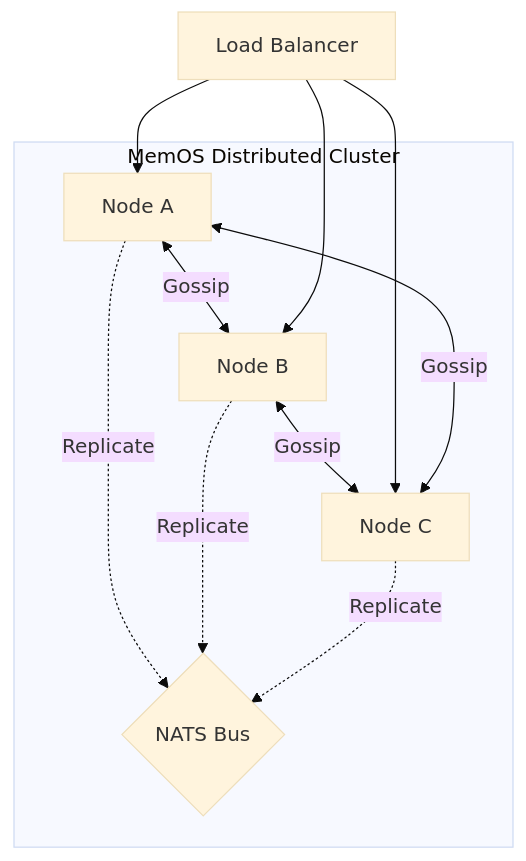
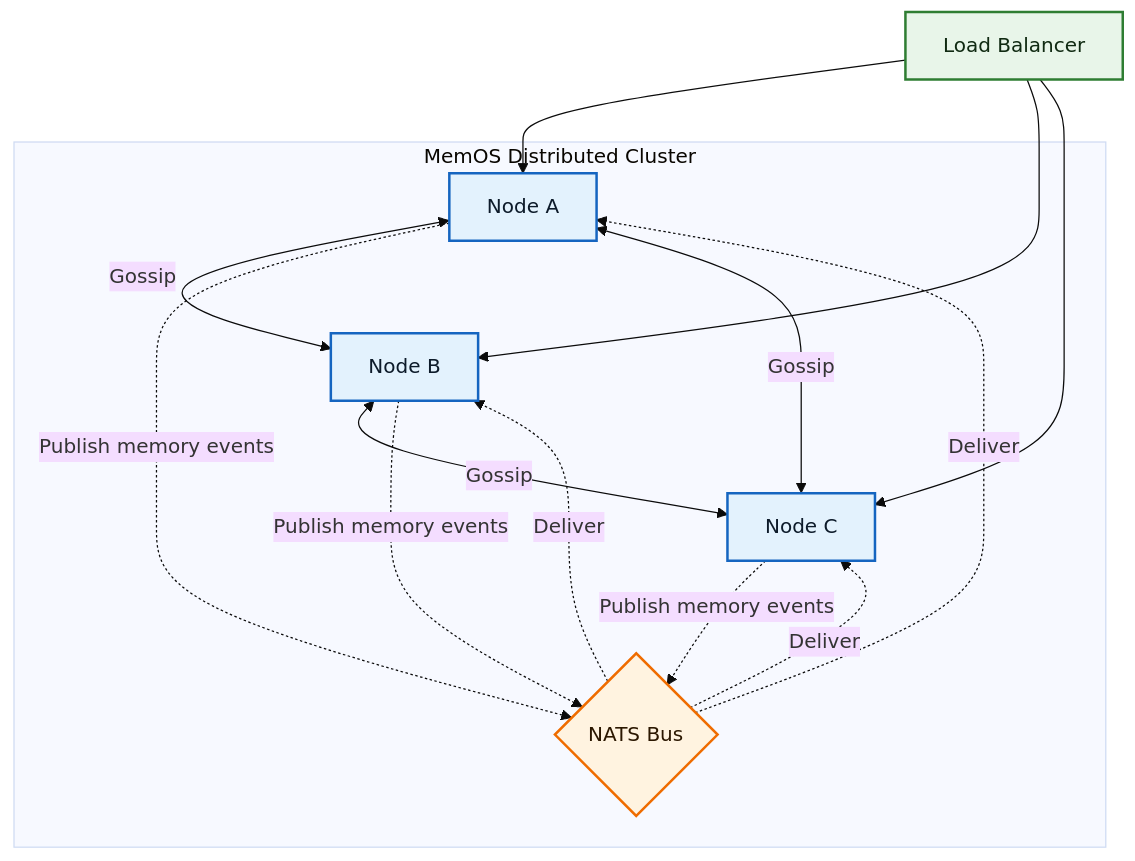
One commit to Mohi1038/distributed-memOS changed the fifth of 12 diagrams in README.md. Above: the diagram before and after it, drawn with Mermaid (base theme). The commit also changed other lines of this file, not shown here.

Commit message:
Rewrite README for adaptive memory positioning

````diff
--- a/README.md
+++ b/README.md
@@ -61,16 +311,23 @@
 ```mermaid
 graph TD
+    classDef node fill:#e3f2fd,stroke:#1565c0,stroke-width:2px,color:#0d1b2a;
+    classDef bus fill:#fff3e0,stroke:#ef6c00,stroke-width:2px,color:#2b1700;
+    classDef client fill:#e8f5e9,stroke:#2e7d32,stroke-width:2px,color:#102a12;
+
     subgraph Cluster [MemOS Distributed Cluster]
-        NodeA[Node A] <--> |Gossip| NodeB[Node B]
-        NodeB <--> |Gossip| NodeC[Node C]
+        NodeA[Node A]:::node <--> |Gossip| NodeB[Node B]:::node
+        NodeB <--> |Gossip| NodeC[Node C]:::node
         NodeC <--> |Gossip| NodeA
-        
-        NodeA -.-> |Replicate| NATS{NATS Bus}
-        NodeB -.-> |Replicate| NATS
-        NodeC -.-> |Replicate| NATS
+
+        NodeA -.-> |Publish memory events| NATS{NATS Bus}:::bus
+        NodeB -.-> |Publish memory events| NATS
+        NodeC -.-> |Publish memory events| NATS
+        NATS -.-> |Deliver| NodeA
+        NATS -.-> |Deliver| NodeB
+        NATS -.-> |Deliver| NodeC
     end
-    
-    LB[Load Balancer] --> NodeA
+
+    LB[Load Balancer]:::client --> NodeA
     LB --> NodeB
     LB --> NodeC
 ```
````
